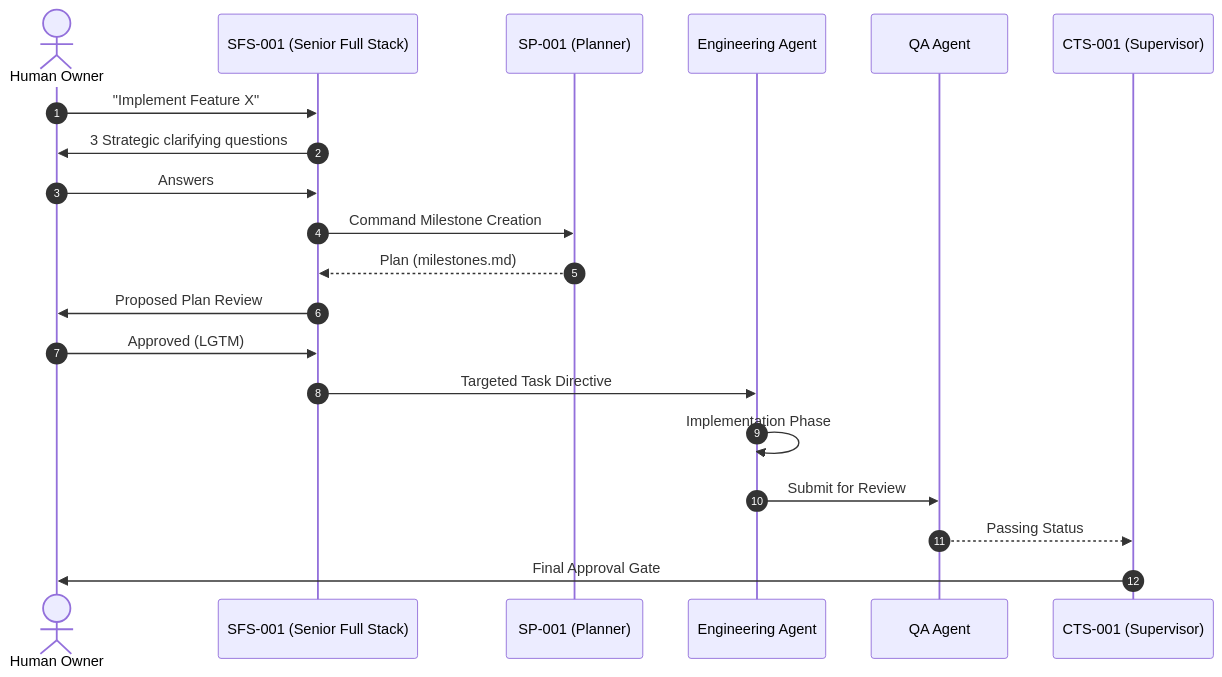
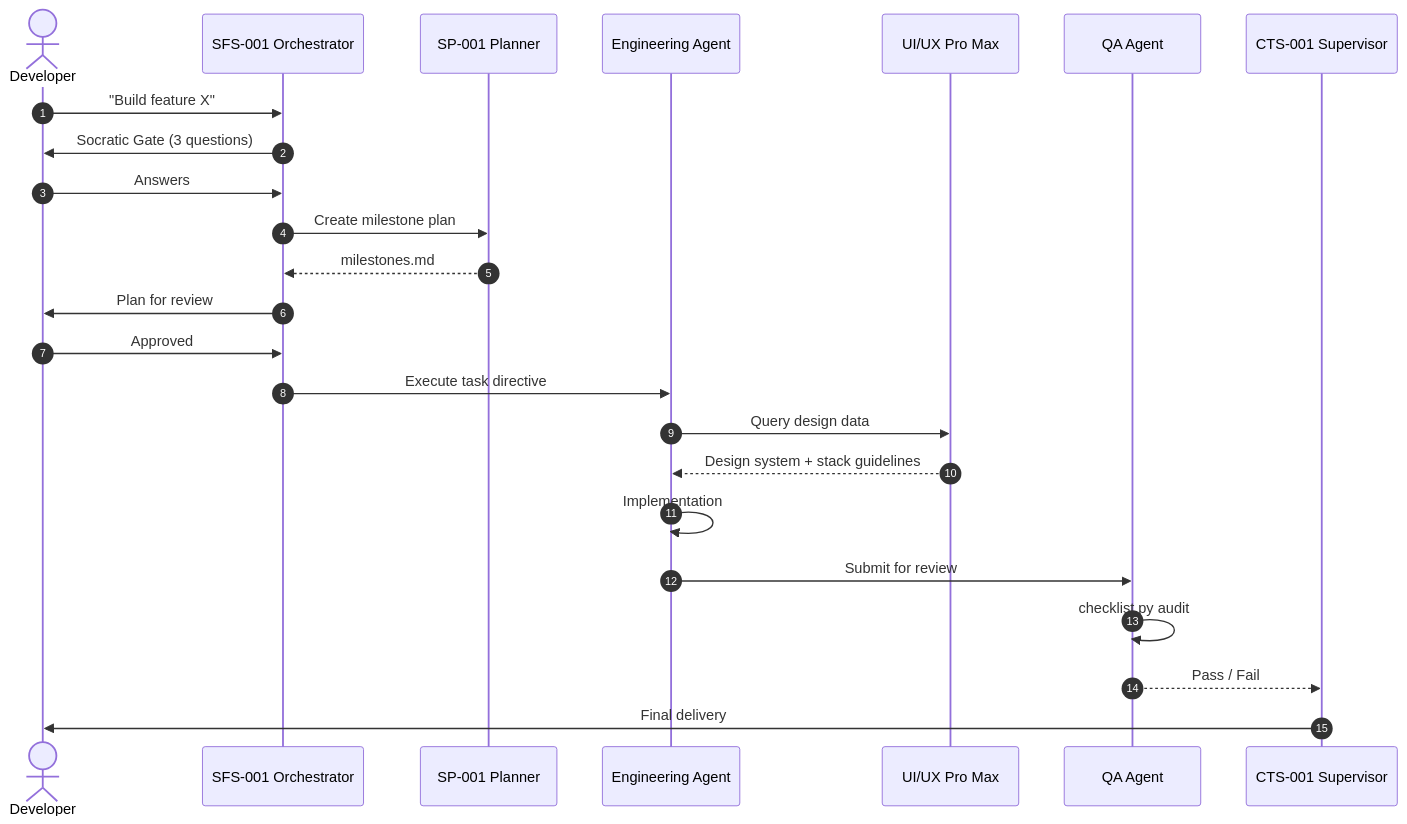
Before and after one commit to Ab-aswini/Agent-kit-P1: the fifth of 6 diagrams in README.md, drawn with Mermaid. The commit also changed other lines of this file and 2 other files, not shown here.

Commit message:
docs: README overhaul v1.4 — 17 sections, 6 Mermaid diagrams, 2026 standards, agent v3.0, status update

````diff
--- a/README.md
+++ b/README.md
@@ -167,23 +300,27 @@
 ```mermaid
 sequenceDiagram
   autonumber
-  actor User as Human Owner
-  participant SFS as SFS-001 (Senior Full Stack)
-  participant SP as SP-001 (Planner)
+  actor User as Developer
+  participant SFS as SFS-001 Orchestrator
+  participant SP as SP-001 Planner
   participant ENG as Engineering Agent
+  participant UX as UI/UX Pro Max
   participant QA as QA Agent
-  participant CTS as CTS-001 (Supervisor)
+  participant CTS as CTS-001 Supervisor
 
-  User->>SFS: "Implement Feature X"
-  SFS->>User: 3 Strategic clarifying questions
+  User->>SFS: "Build feature X"
+  SFS->>User: Socratic Gate (3 questions)
   User->>SFS: Answers
-  SFS->>SP: Command Milestone Creation
-  SP-->>SFS: Plan (milestones.md)
-  SFS->>User: Proposed Plan Review
-  User->>SFS: Approved (LGTM)
-  SFS->>ENG: Targeted Task Directive
-  ENG->>ENG: Implementation Phase
-  ENG->>QA: Submit for Review
-  QA-->>CTS: Passing Status
-  CTS->>User: Final Approval Gate
+  SFS->>SP: Create milestone plan
+  SP-->>SFS: milestones.md
+  SFS->>User: Plan for review
+  User->>SFS: Approved
+  SFS->>ENG: Execute task directive
+  ENG->>UX: Query design data
+  UX-->>ENG: Design system + stack guidelines
+  ENG->>ENG: Implementation
+  ENG->>QA: Submit for review
+  QA->>QA: checklist.py audit
+  QA-->>CTS: Pass / Fail
+  CTS->>User: Final delivery
 ```
````
